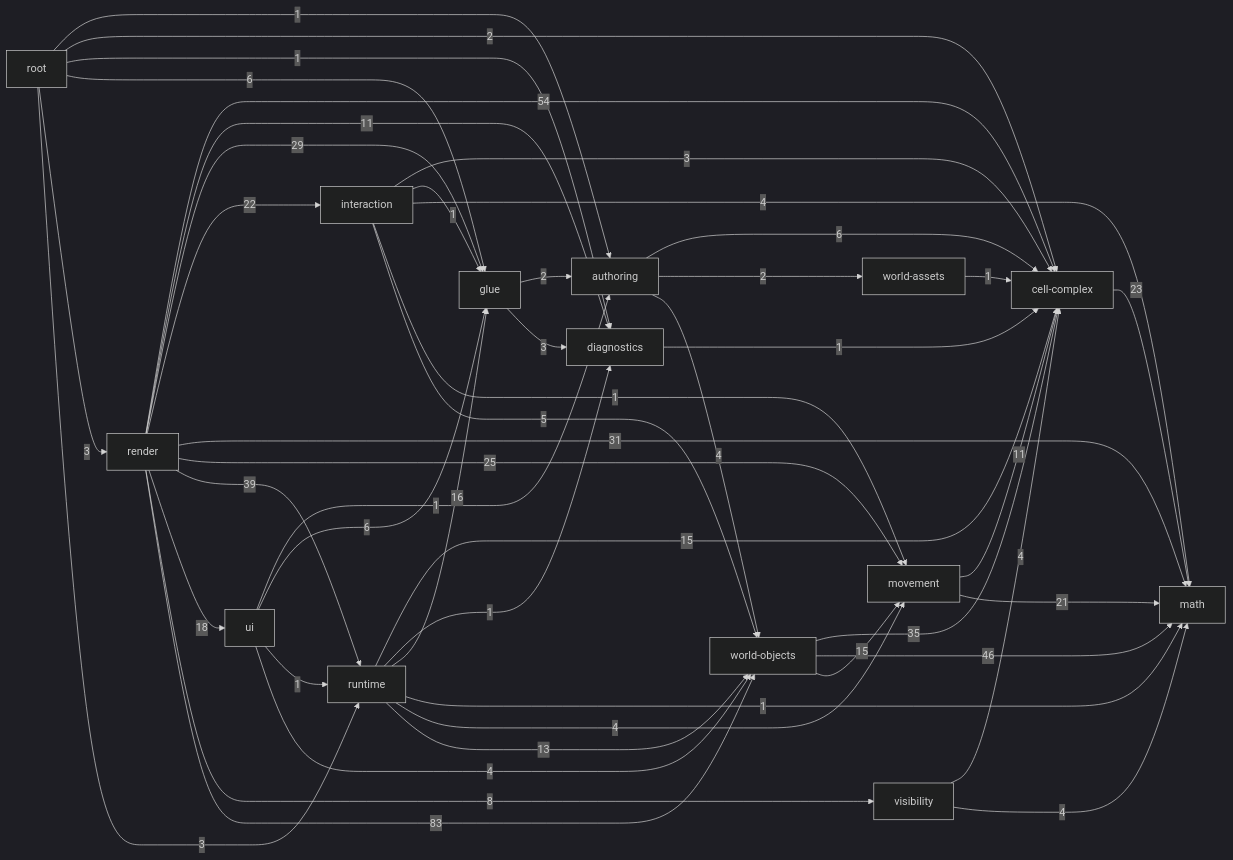
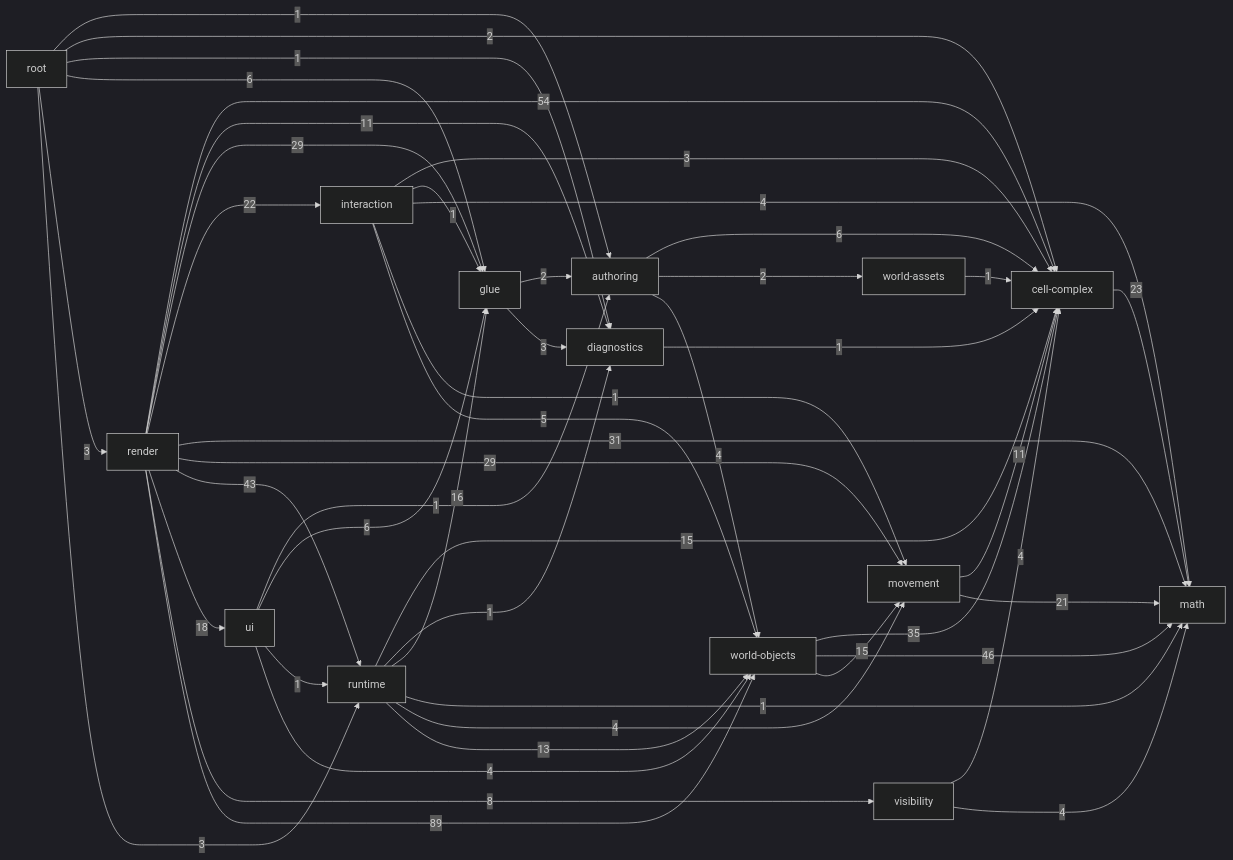
One commit to guraltsev/noneuclid-fpv changed the diagram in _docs/generated/ARCHITECTURE_REFERENCE.md. Above: the diagram before and after it, drawn with Mermaid (dark theme). The commit also changed other lines of this file and 5 other files, not shown here.

````diff
--- a/_docs/generated/ARCHITECTURE_REFERENCE.md
+++ b/_docs/generated/ARCHITECTURE_REFERENCE.md
@@ -35,63 +35,63 @@
 ```mermaid
 flowchart LR
   math["math"]
   cell_complex["cell-complex"]
   diagnostics["diagnostics"]
   visibility["visibility"]
   movement["movement"]
   world_assets["world-assets"]
   world_objects["world-objects"]
   authoring["authoring"]
   glue["glue"]
   interaction["interaction"]
   runtime["runtime"]
   ui["ui"]
   render["render"]
   root["root"]
   authoring -->|6| cell_complex
   authoring -->|2| world_assets
   authoring -->|4| world_objects
   cell_complex -->|23| math
   diagnostics -->|1| cell_complex
   glue -->|2| authoring
   glue -->|3| diagnostics
   interaction -->|3| cell_complex
   interaction -->|1| glue
   interaction -->|4| math
   interaction -->|1| movement
   interaction -->|5| world_objects
   movement -->|11| cell_complex
   movement -->|21| math
   render -->|54| cell_complex
   render -->|11| diagnostics
   render -->|29| glue
   render -->|22| interaction
   render -->|31| math
-  render -->|25| movement
-  render -->|39| runtime
+  render -->|29| movement
+  render -->|43| runtime
   render -->|18| ui
   render -->|8| visibility
-  render -->|83| world_objects
+  render -->|89| world_objects
   root -->|1| authoring
   root -->|2| cell_complex
   root -->|1| diagnostics
   root -->|6| glue
   root -->|3| render
   root -->|3| runtime
   runtime -->|15| cell_complex
   runtime -->|1| diagnostics
   runtime -->|16| glue
   runtime -->|1| math
   runtime -->|4| movement
   runtime -->|13| world_objects
   ui -->|1| authoring
   ui -->|6| glue
   ui -->|1| runtime
   ui -->|4| world_objects
   visibility -->|4| cell_complex
   visibility -->|4| math
   world_assets -->|1| cell_complex
   world_objects -->|35| cell_complex
   world_objects -->|46| math
   world_objects -->|15| movement
 ```
````
